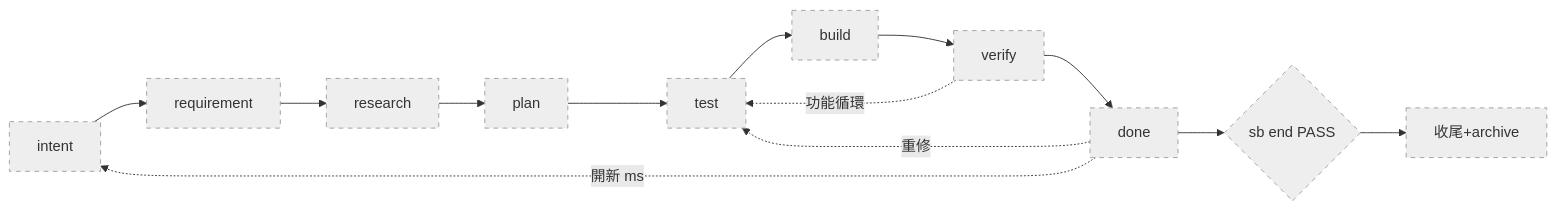
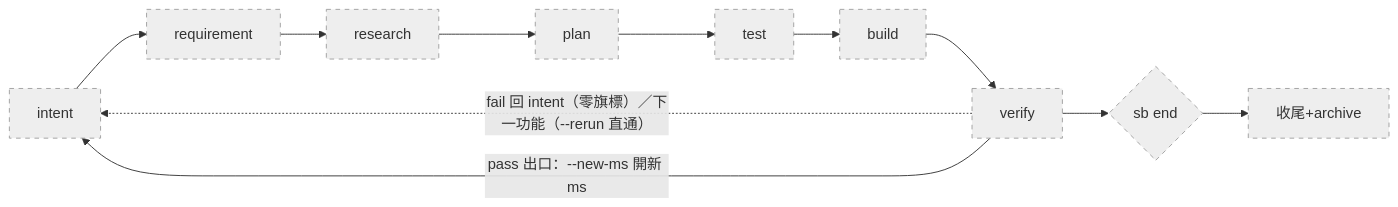
One commit to teps3105/shiftblame changed the first of 3 diagrams in skills/shiftblame/assets/SLUG.md. Above: the diagram before and after it, drawn with Mermaid. The commit also changed other lines of this file and 24 other files, not shown here.

````diff
--- a/skills/shiftblame/assets/SLUG.md
+++ b/skills/shiftblame/assets/SLUG.md
@@ -62,12 +70,11 @@
 ```mermaid
 flowchart LR
     A[intent]:::todo --> B[requirement]:::todo --> C[research]:::todo --> D[plan]:::todo
-    D --> E[test]:::todo --> F[build]:::todo --> G[verify]:::todo --> H[done]:::todo
-    G -.->|功能循環| E
-    H -.->|重修| E
-    H -.->|開新 ms| A
-    H --> I{sb end PASS}:::todo --> J[收尾+archive]:::todo
+    D --> E[test]:::todo --> F[build]:::todo --> G[verify]:::todo
+    G -.->|fail 回 intent（零旗標）／下一功能（--rerun 直通）| A
+    G -->|pass 出口：--new-ms 開新 ms| A
+    G --> H{sb end}:::todo --> I[收尾+archive]:::todo
     classDef done fill:#c8e6c9,stroke:#388e3c
     classDef active fill:#ffe082,stroke:#f57f17,stroke-width:3px
     classDef todo fill:#eeeeee,stroke:#9e9e9e,stroke-dasharray: 5 5
 ```
````
